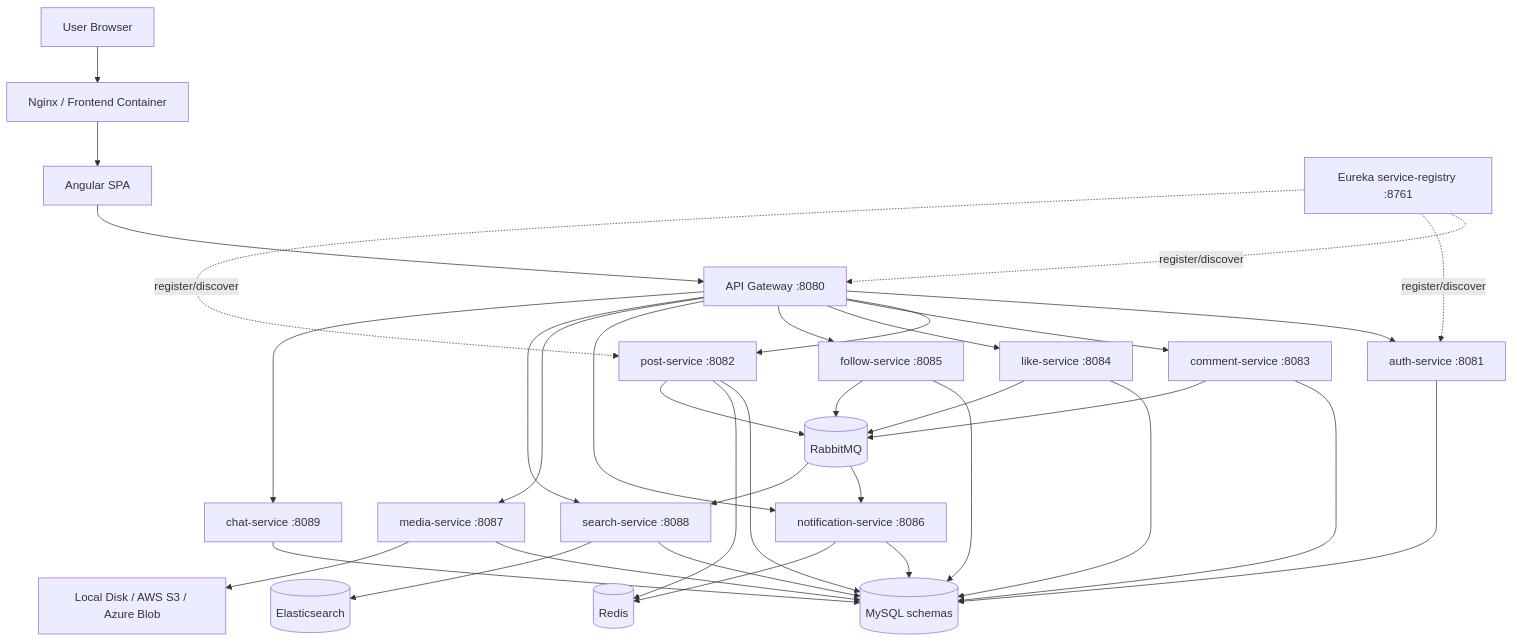
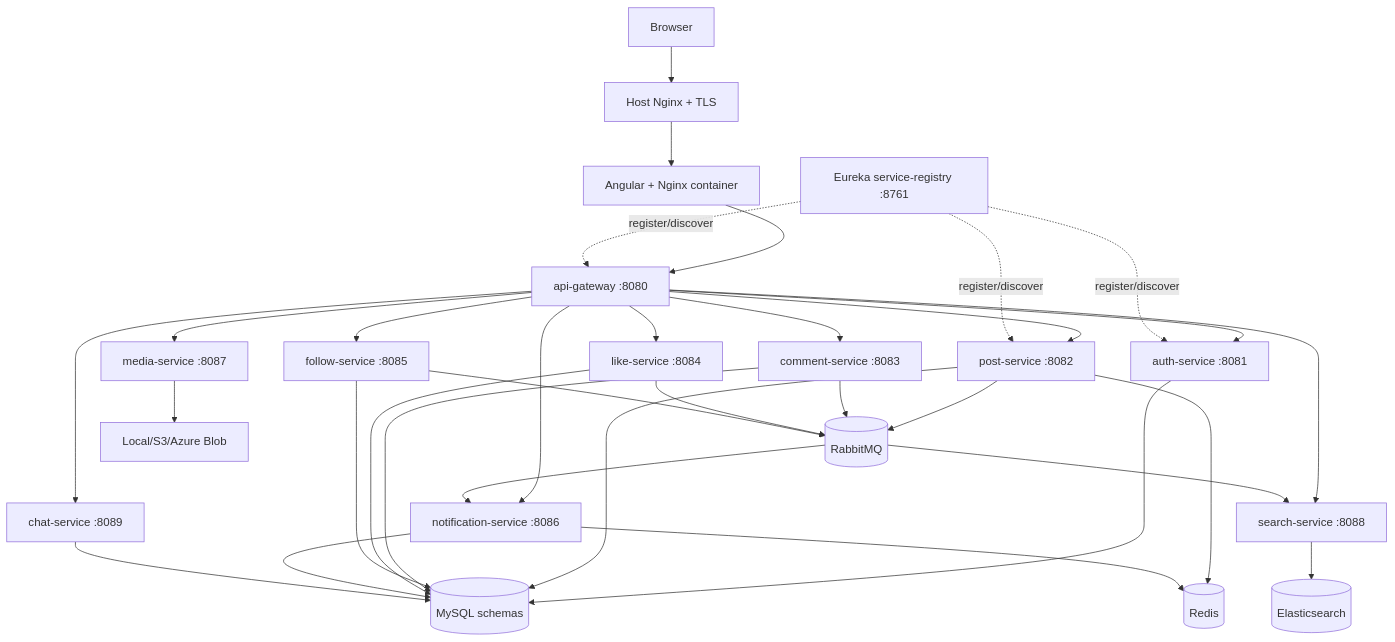
One commit to AnuragRajput-cyber/ConnectSphere changed the first of 4 diagrams in PROJECT_COMPLETE_DOCUMENTATION.md. Above: the diagram before and after it, drawn with Mermaid. The commit also changed other lines of this file and 9 other files, not shown here.

````diff
--- a/PROJECT_COMPLETE_DOCUMENTATION.md
+++ b/PROJECT_COMPLETE_DOCUMENTATION.md
@@ -21,37 +17,35 @@
 ```mermaid
 graph TD
-    User[User Browser] --> Nginx[Nginx / Frontend Container]
-    Nginx --> Angular[Angular SPA]
-    Angular --> Gateway[API Gateway :8080]
+    User[Browser] --> HostNginx[Host Nginx + TLS]
+    HostNginx --> Frontend[Angular + Nginx container]
+    Frontend --> Gateway[api-gateway :8080]
     Gateway --> Auth[auth-service :8081]
     Gateway --> Post[post-service :8082]
     Gateway --> Comment[comment-service :8083]
     Gateway --> Like[like-service :8084]
     Gateway --> Follow[follow-service :8085]
-    Gateway --> Notify[notification-service :8086]
+    Gateway --> Notification[notification-service :8086]
     Gateway --> Media[media-service :8087]
     Gateway --> Search[search-service :8088]
     Gateway --> Chat[chat-service :8089]
+    Registry[Eureka service-registry :8761] -. register/discover .-> Gateway
+    Registry -. register/discover .-> Auth
+    Registry -. register/discover .-> Post
+    Post --> Redis[(Redis)]
+    Notification --> Redis
+    Post --> Rabbit[(RabbitMQ)]
+    Comment --> Rabbit
+    Like --> Rabbit
+    Follow --> Rabbit
+    Rabbit --> Notification
+    Rabbit --> Search
+    Search --> Elasticsearch[(Elasticsearch)]
     Auth --> MySQL[(MySQL schemas)]
     Post --> MySQL
     Comment --> MySQL
     Like --> MySQL
     Follow --> MySQL
-    Notify --> MySQL
-    Media --> MySQL
-    Search --> MySQL
+    Notification --> MySQL
+    Media --> Blob[Local/S3/Azure Blob]
     Chat --> MySQL
-    Post --> Redis[(Redis)]
-    Notify --> Redis
-    Post --> Rabbit[(RabbitMQ)]
-    Comment --> Rabbit
-    Like --> Rabbit
-    Follow --> Rabbit
-    Rabbit --> Notify
-    Rabbit --> Search
-    Search --> ES[(Elasticsearch)]
-    Media --> Blob[Local Disk / AWS S3 / Azure Blob]
-    Registry[Eureka service-registry :8761] -.register/discover.-> Gateway
-    Registry -.register/discover.-> Auth
-    Registry -.register/discover.-> Post
 ```
````
